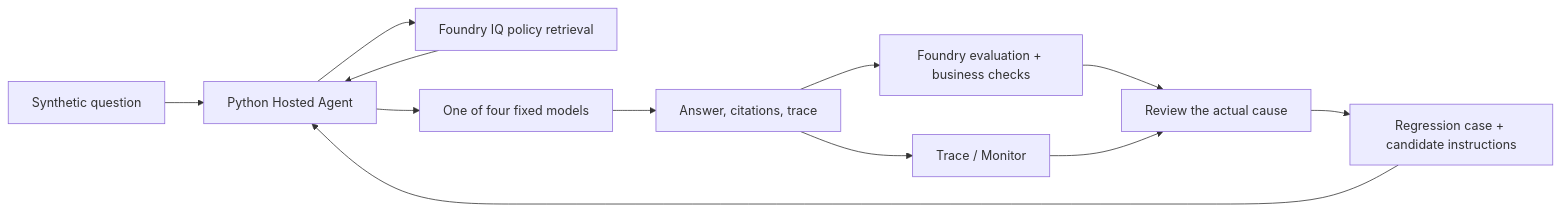
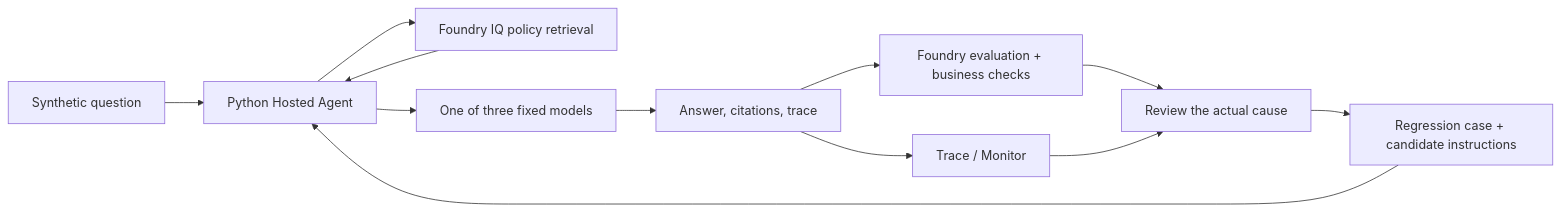
One commit to junwoojeong100/foundry-evaluation changed the diagram in docs/reference.en.md. Above: the diagram before and after it, drawn with Mermaid. The commit also changed other lines of this file and 68 other files, not shown here.

First line of the commit message:
Switch workshop candidates to three gpt-6 models

````diff
--- a/docs/reference.en.md
+++ b/docs/reference.en.md
@@ -55,14 +55,14 @@
 ```mermaid
 flowchart LR
     Q["Synthetic question"] --> A["Python Hosted Agent"]
     A --> K["Foundry IQ policy retrieval"]
     K --> A
-    A --> M["One of four fixed models"]
+    A --> M["One of three fixed models"]
     M --> R["Answer, citations, trace"]
     R --> E["Foundry evaluation + business checks"]
     R --> T["Trace / Monitor"]
     E --> H["Review the actual cause"]
     T --> H
     H --> P["Regression case + candidate instructions"]
     P --> A
 ```
````
